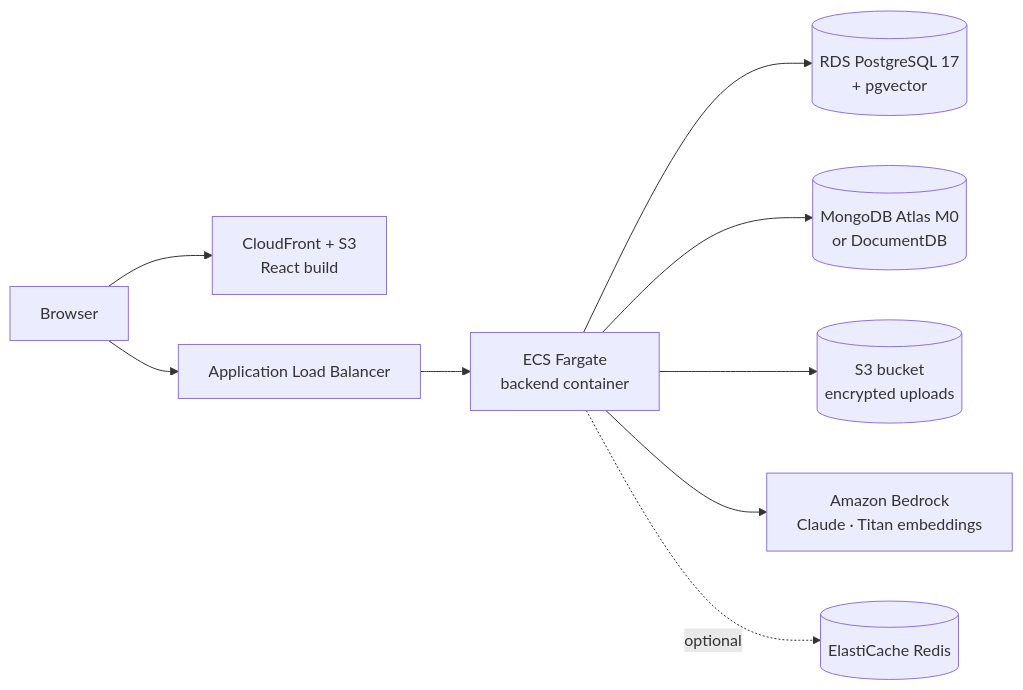
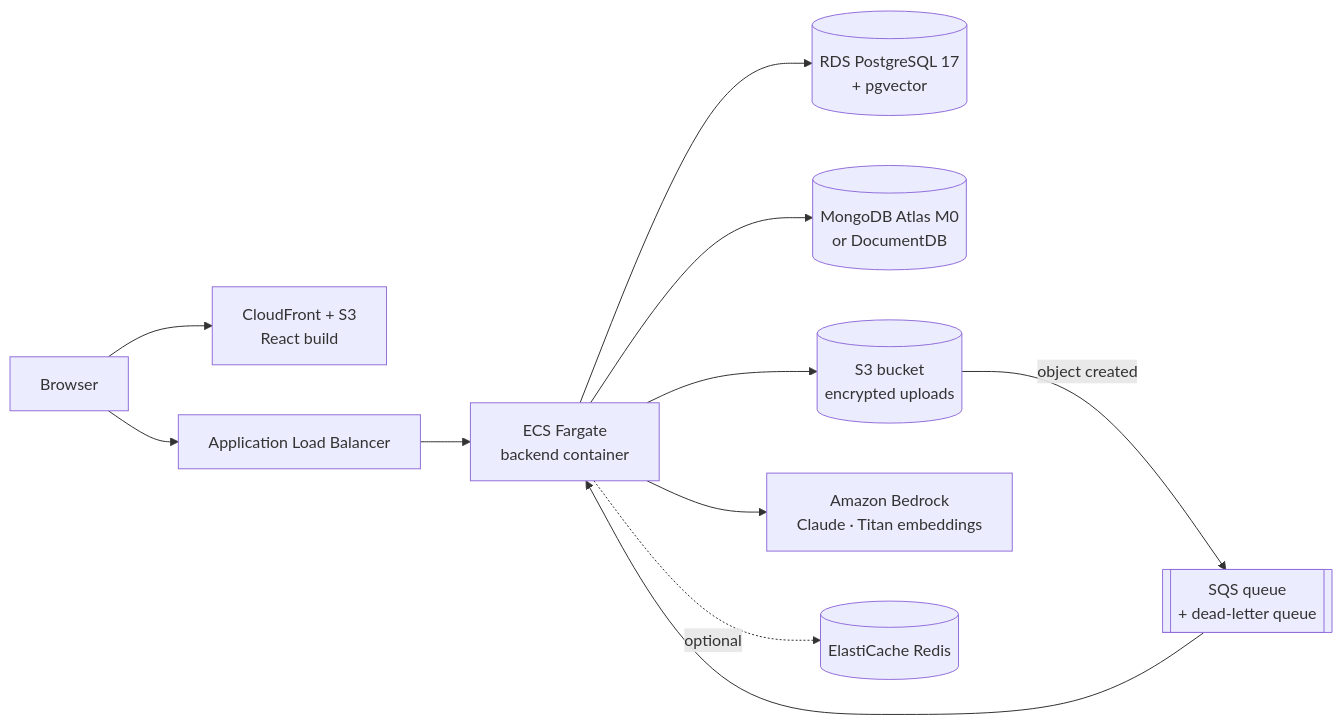
One commit to kingmars2022/claimpilot changed the diagram in docs/deploy-aws.md. Above: the diagram before and after it, drawn with Mermaid. The commit also changed other lines of this file and 12 other files, not shown here.

````diff
--- a/docs/deploy-aws.md
+++ b/docs/deploy-aws.md
@@ -12,11 +12,13 @@
 ```mermaid
 flowchart LR
     U[Browser] --> CF[CloudFront + S3<br/>React build]
     U --> ALB[Application Load Balancer]
     ALB --> ECS[ECS Fargate<br/>backend container]
     ECS --> RDS[(RDS PostgreSQL 17<br/>+ pgvector)]
     ECS --> ATLAS[(MongoDB Atlas M0<br/>or DocumentDB)]
     ECS --> S3[(S3 bucket<br/>encrypted uploads)]
+    S3 -- object created --> SQS[[SQS queue<br/>+ dead-letter queue]]
+    SQS --> ECS
     ECS --> BR[Amazon Bedrock<br/>Claude · Titan embeddings]
     ECS -. optional .-> REDIS[(ElastiCache Redis)]
 ```
````
